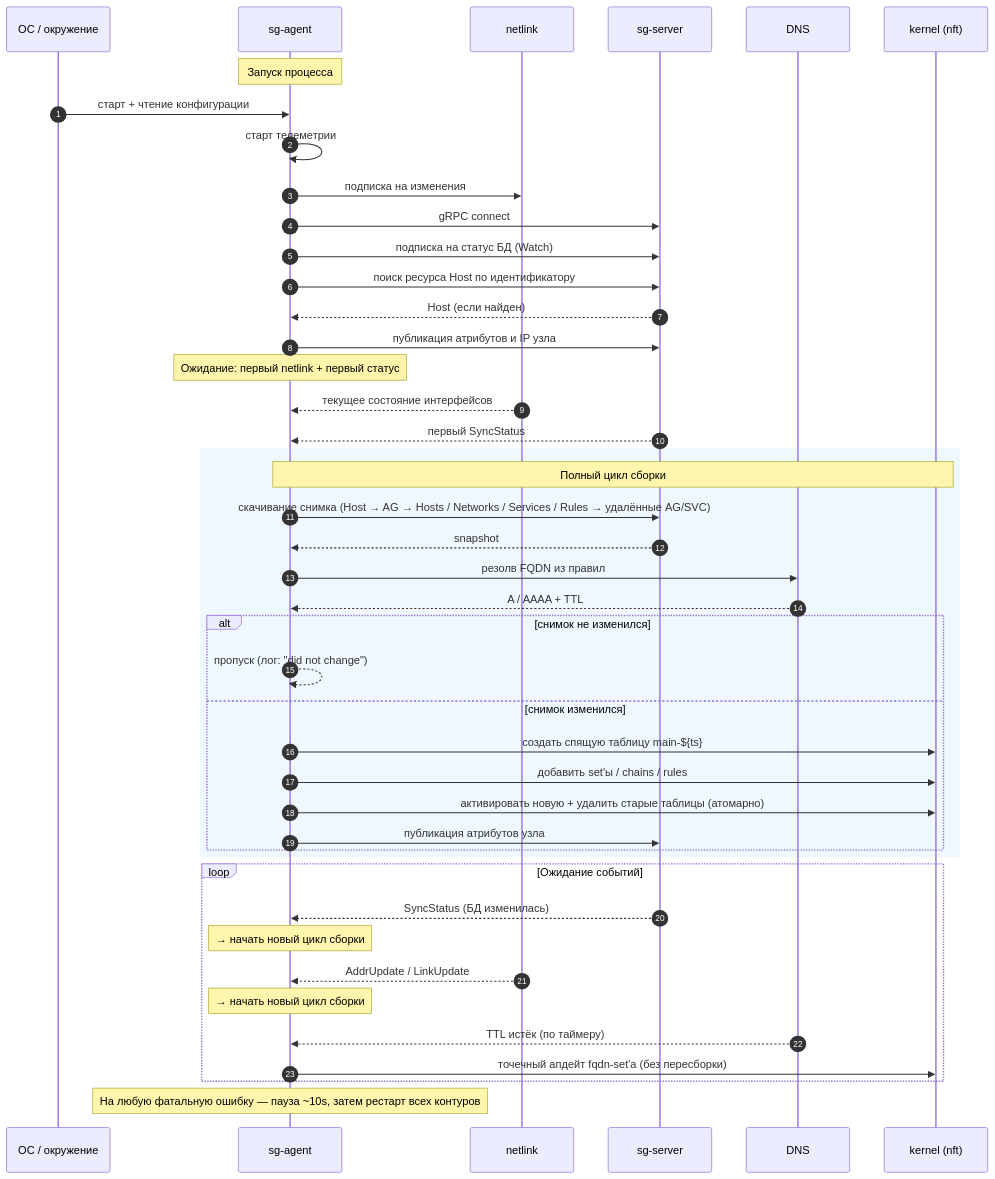
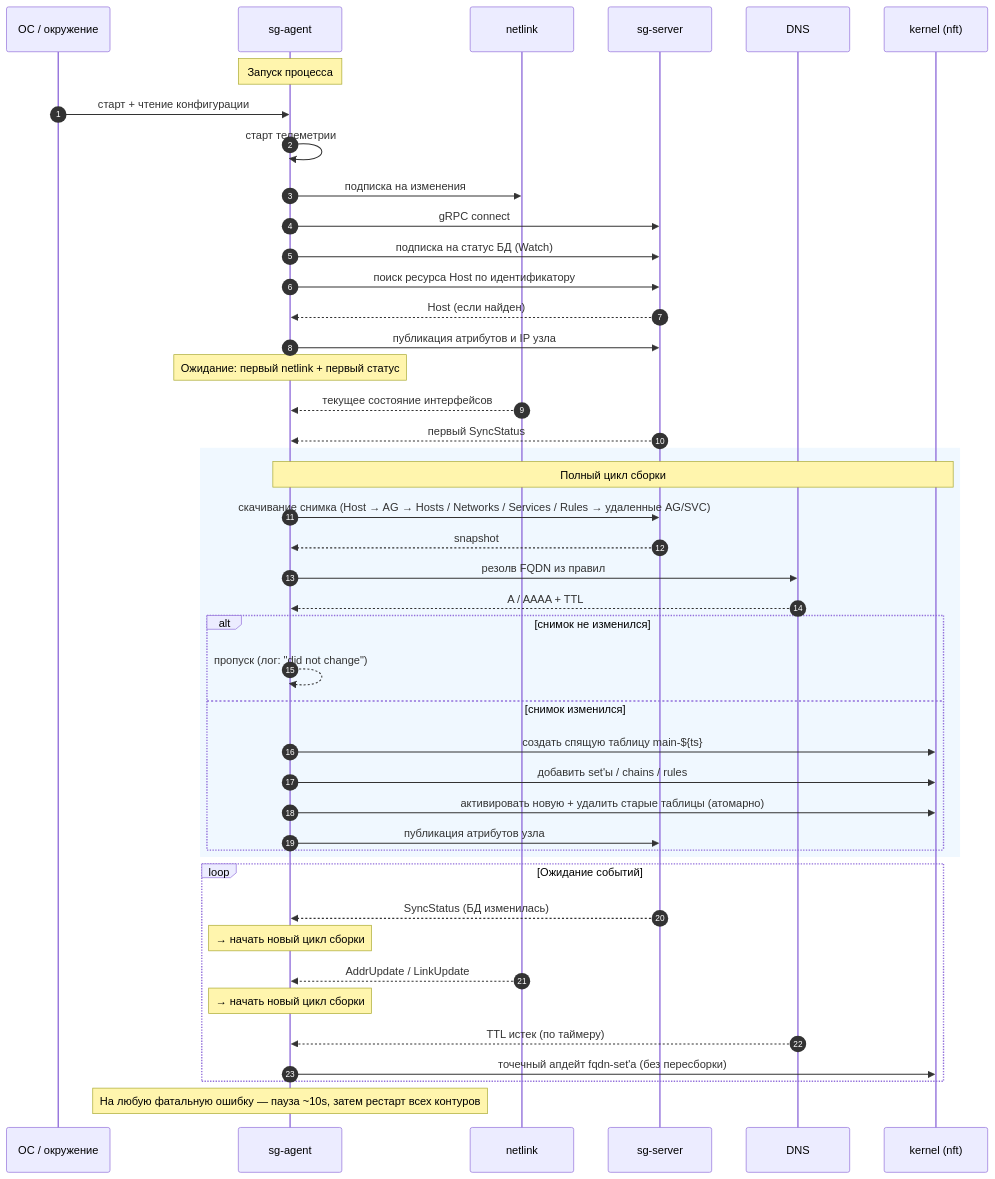
Before and after one commit to PRO-Robotech/sgroups-docs: the diagram in docs/agent/lifecycle.mdx, drawn with Mermaid. The commit also changed other lines of this file and 40 other files, not shown here.

````diff
--- a/docs/agent/lifecycle.mdx
+++ b/docs/agent/lifecycle.mdx
@@ -281,51 +279,51 @@
 ```mermaid
 sequenceDiagram
     autonumber
     participant OS as ОС / окружение
     participant A as sg-agent
     participant NL as netlink
     participant S as sg-server
     participant DNS as DNS
     participant K as kernel (nft)
 
     Note over A: Запуск процесса
     OS->>A: старт + чтение конфигурации
     A->>A: старт телеметрии
     A->>NL: подписка на изменения
     A->>S: gRPC connect
     A->>S: подписка на статус БД (Watch)
     A->>S: поиск ресурса Host по идентификатору
     S-->>A: Host (если найден)
     A->>S: публикация атрибутов и IP узла
 
     Note over A: Ожидание: первый netlink + первый статус
     NL-->>A: текущее состояние интерфейсов
     S-->>A: первый SyncStatus
 
     rect rgb(240,248,255)
         Note over A,K: Полный цикл сборки
-        A->>S: скачивание снимка (Host → AG → Hosts / Networks / Services / Rules → удалённые AG/SVC)
+        A->>S: скачивание снимка (Host → AG → Hosts / Networks / Services / Rules → удаленные AG/SVC)
         S-->>A: snapshot
         A->>DNS: резолв FQDN из правил
         DNS-->>A: A / AAAA + TTL
         alt снимок не изменился
             A-->>A: пропуск (лог: "did not change")
         else снимок изменился
             A->>K: создать спящую таблицу main-${ts}
             A->>K: добавить set'ы / chains / rules
             A->>K: активировать новую + удалить старые таблицы (атомарно)
             A->>S: публикация атрибутов узла
         end
     end
 
     loop Ожидание событий
         S-->>A: SyncStatus (БД изменилась)
         Note over A: → начать новый цикл сборки
         NL-->>A: AddrUpdate / LinkUpdate
         Note over A: → начать новый цикл сборки
-        DNS-->>A: TTL истёк (по таймеру)
+        DNS-->>A: TTL истек (по таймеру)
         A->>K: точечный апдейт fqdn-set'а (без пересборки)
     end
 
     Note over A: На любую фатальную ошибку — пауза ~10s, затем рестарт всех контуров
 ```
````
